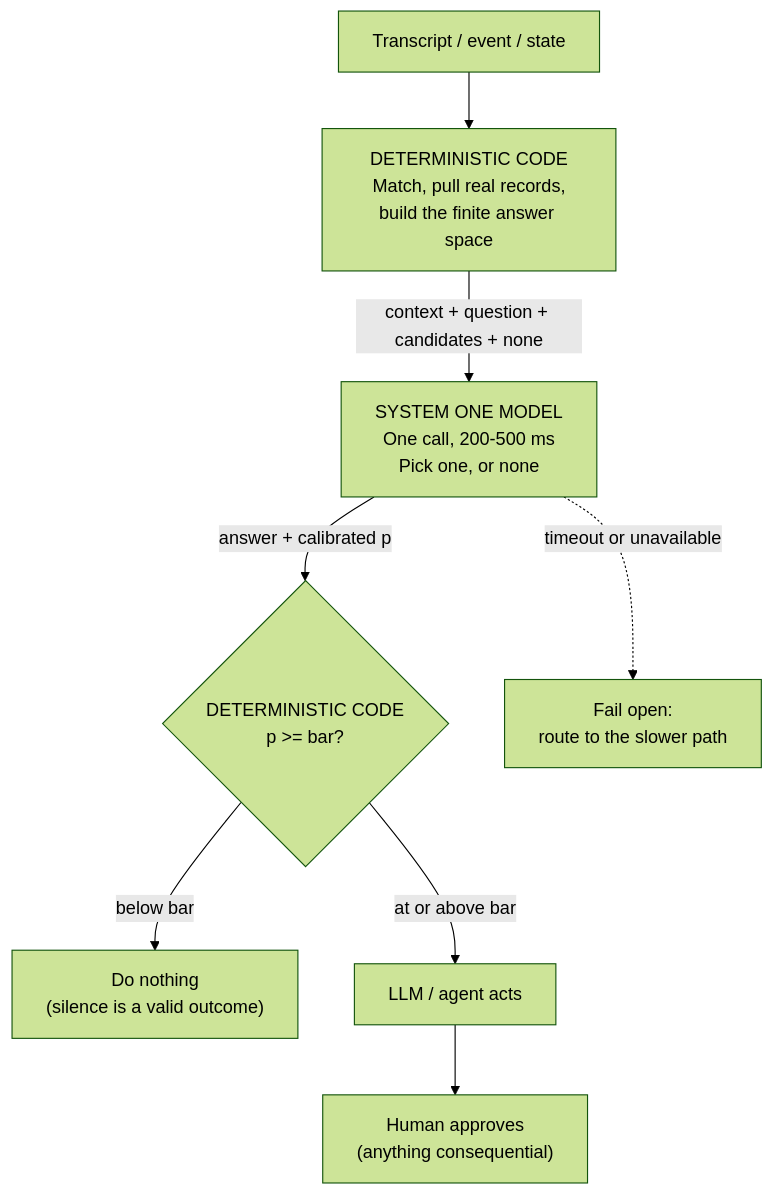
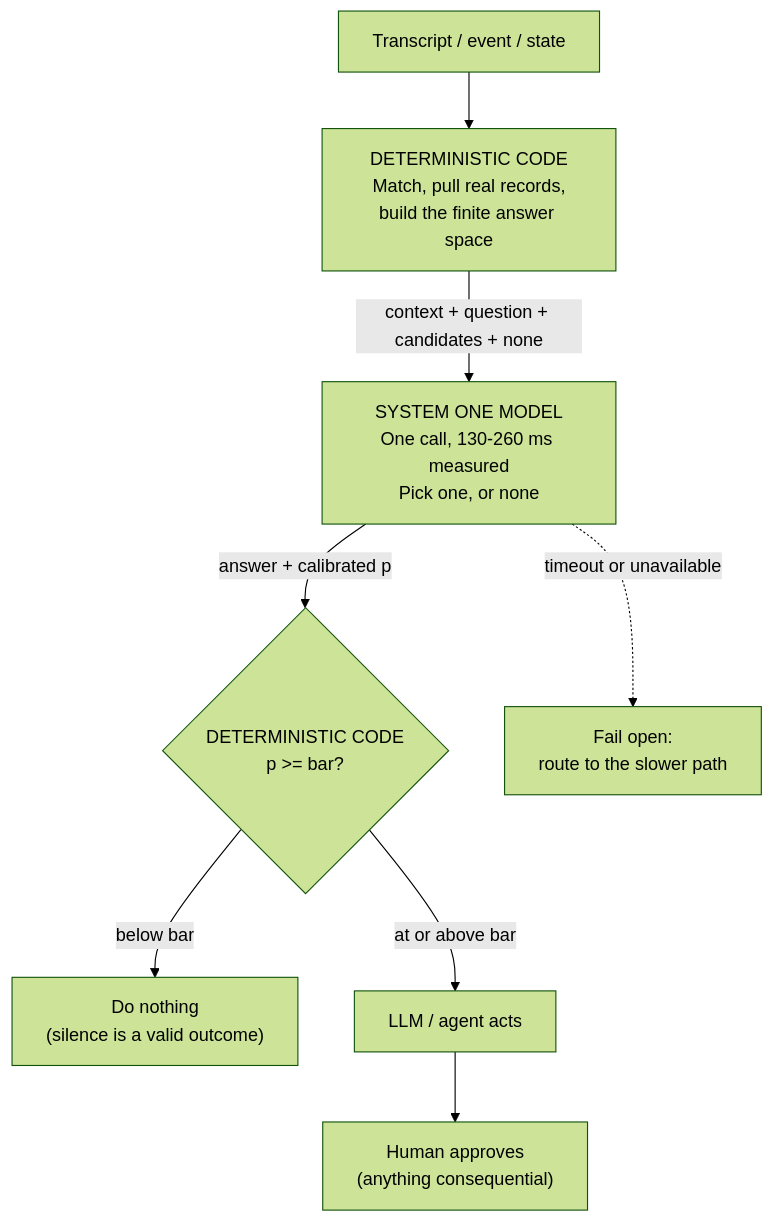
Before and after one commit to cloudnirvana/open-patterns: the diagram in patterns/agentic-architecture/system-one-decisions.md, drawn with Mermaid (forest theme). The commit also changed other lines of this file and 6 other files, not shown here.

````diff
--- a/patterns/agentic-architecture/system-one-decisions.md
+++ b/patterns/agentic-architecture/system-one-decisions.md
@@ -72,21 +72,21 @@
 ```mermaid
 graph TD
     Input["Transcript / event / state"]
 
     Build["DETERMINISTIC CODE<br/>Match, pull real records,<br/>build the finite answer space"]
-    Model["SYSTEM ONE MODEL<br/>One call, 200-500 ms<br/>Pick one, or none"]
+    Model["SYSTEM ONE MODEL<br/>One call, 130-260 ms measured<br/>Pick one, or none"]
     Gate{"DETERMINISTIC CODE<br/>p >= bar?"}
 
     Silence["Do nothing<br/>(silence is a valid outcome)"]
     Act["LLM / agent acts"]
     Human["Human approves<br/>(anything consequential)"]
     Fallback["Fail open:<br/>route to the slower path"]
 
     Input --> Build
     Build -->|"context + question + candidates + none"| Model
     Model -->|"answer + calibrated p"| Gate
     Gate -->|"below bar"| Silence
     Gate -->|"at or above bar"| Act
     Act --> Human
     Model -.->|"timeout or unavailable"| Fallback
 ```
````
